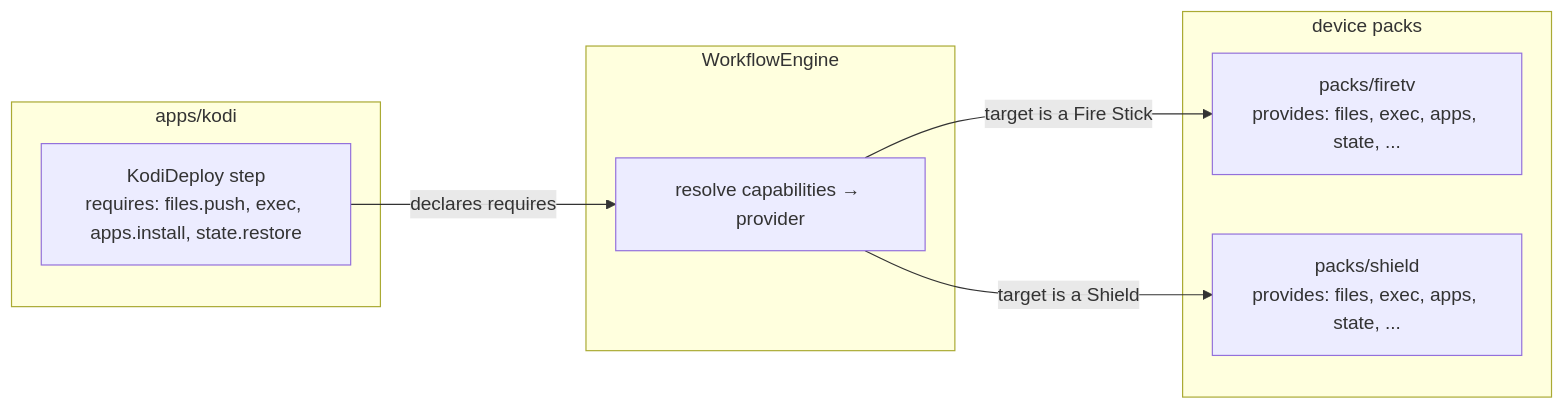
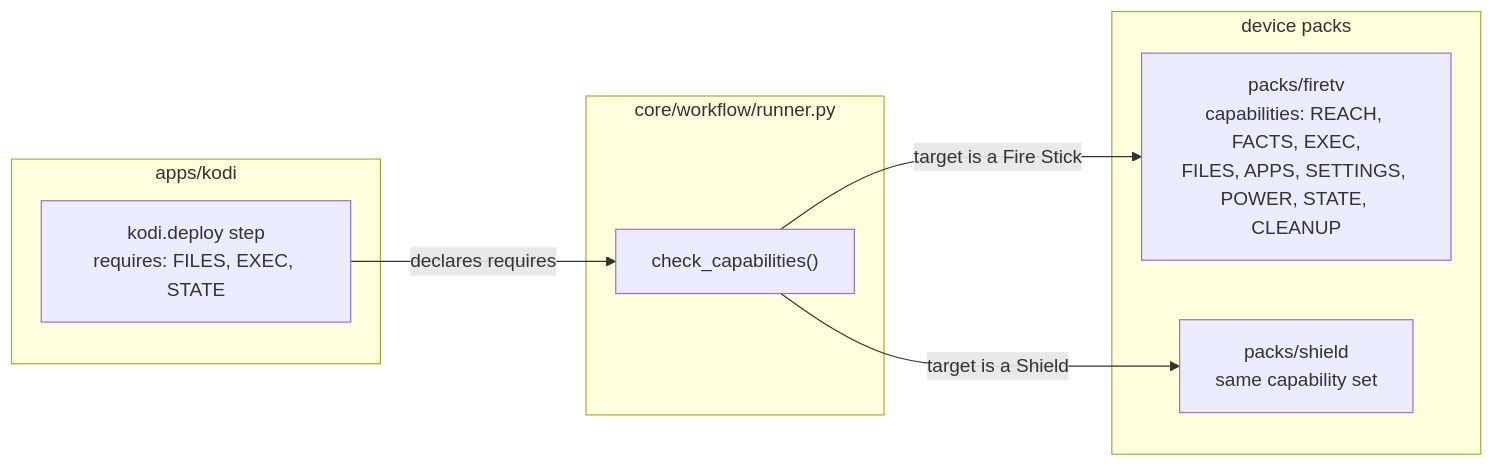
One commit to salvuswarez/fleetctl changed the first of 2 diagrams in docs/pack-authoring.md. Above: the diagram before and after it, drawn with Mermaid. The commit also changed other lines of this file and 17 other files, not shown here.

````diff
--- a/docs/pack-authoring.md
+++ b/docs/pack-authoring.md
@@ -21,17 +23,17 @@
 ```mermaid
 flowchart LR
     subgraph app["apps/kodi"]
-        STEP["KodiDeploy step<br/>requires: files.push, exec, apps.install, state.restore"]
+        STEP["kodi.deploy step<br/>requires: FILES, EXEC, STATE"]
     end
-    subgraph engine["WorkflowEngine"]
-        RESOLVE["resolve capabilities → provider"]
+    subgraph runner["core/workflow/runner.py"]
+        CHK["check_capabilities()"]
     end
     subgraph packs["device packs"]
-        FT["packs/firetv<br/>provides: files, exec, apps, state, ..."]
-        SH["packs/shield<br/>provides: files, exec, apps, state, ..."]
+        FT["packs/firetv<br/>capabilities: REACH, FACTS, EXEC,<br/>FILES, APPS, SETTINGS, POWER, STATE, CLEANUP"]
+        SH["packs/shield<br/>same capability set"]
     end
 
-    STEP -->|declares requires| RESOLVE
-    RESOLVE -->|target is a Fire Stick| FT
-    RESOLVE -->|target is a Shield| SH
+    STEP -->|declares requires| CHK
+    CHK -->|target is a Fire Stick| FT
+    CHK -->|target is a Shield| SH
 ```
````
